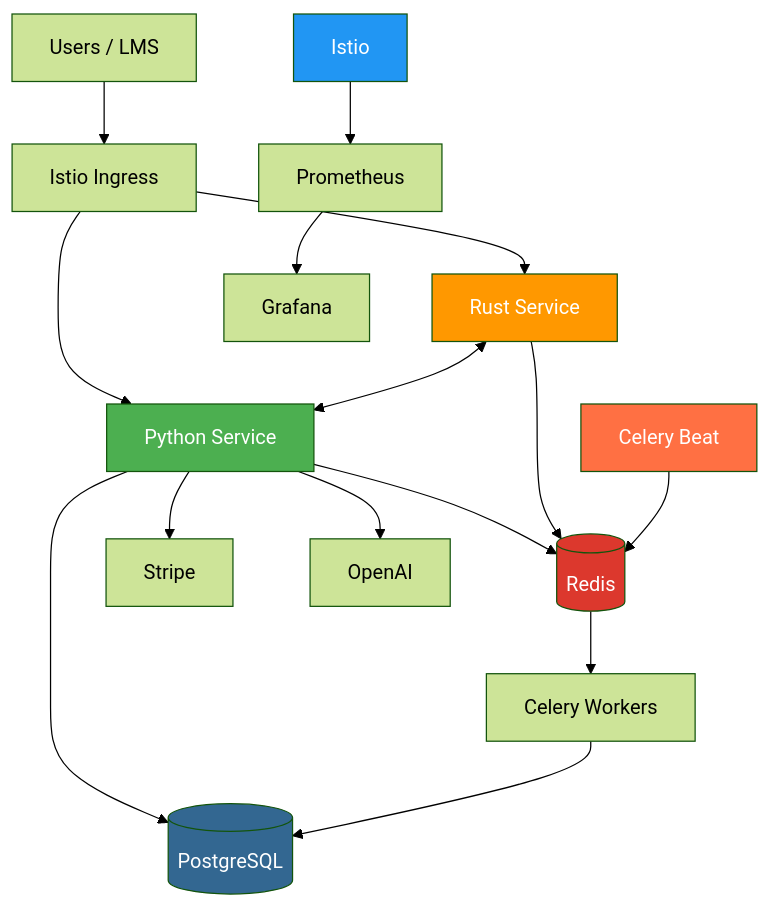
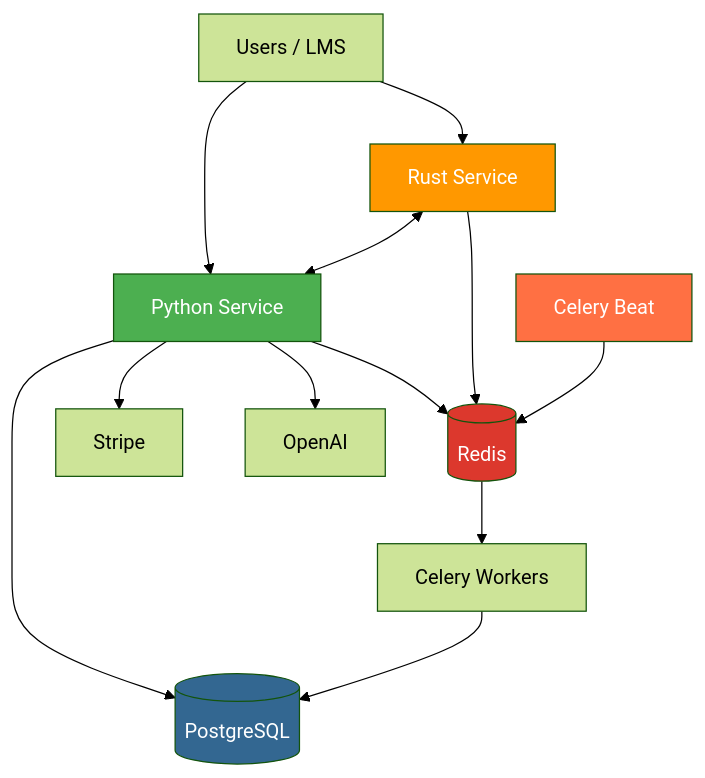
Before and after one commit to rayen-dhmaied/portfolio: the diagram in content/projects/work-projects/quizship.md, drawn with Mermaid (forest theme). The commit also changed other lines of this file, not shown here.

````diff
--- a/content/projects/work-projects/quizship.md
+++ b/content/projects/work-projects/quizship.md
@@ -39,29 +35,23 @@
 ```mermaid
 graph TD
-    A[Users / LMS] --> B[Istio Ingress]
-
-    B --> C[Python Service]
-    B --> D[Rust Service]
+    A[Users / LMS] --> C[Python Service]
+    A --> D[Rust Service]
 
     C --> E[(PostgreSQL)]
     C --> R[(Redis)]
     C --> F[Stripe]
     C --> G[OpenAI]
 
     D --> R
     D <--> C
 
     CB[Celery Beat] --> R
     R --> CW[Celery Workers]
     CW --> E
 
-    IS[Istio] --> P[Prometheus]
-    P --> M[Grafana]
-
     style C fill:#4CAF50,color:#fff
     style D fill:#FF9800,color:#fff
     style R fill:#DC382D,color:#fff
     style E fill:#336791,color:#fff
-    style IS fill:#2196F3,color:#fff
     style CB fill:#FF7043,color:#fff
 ```
````
